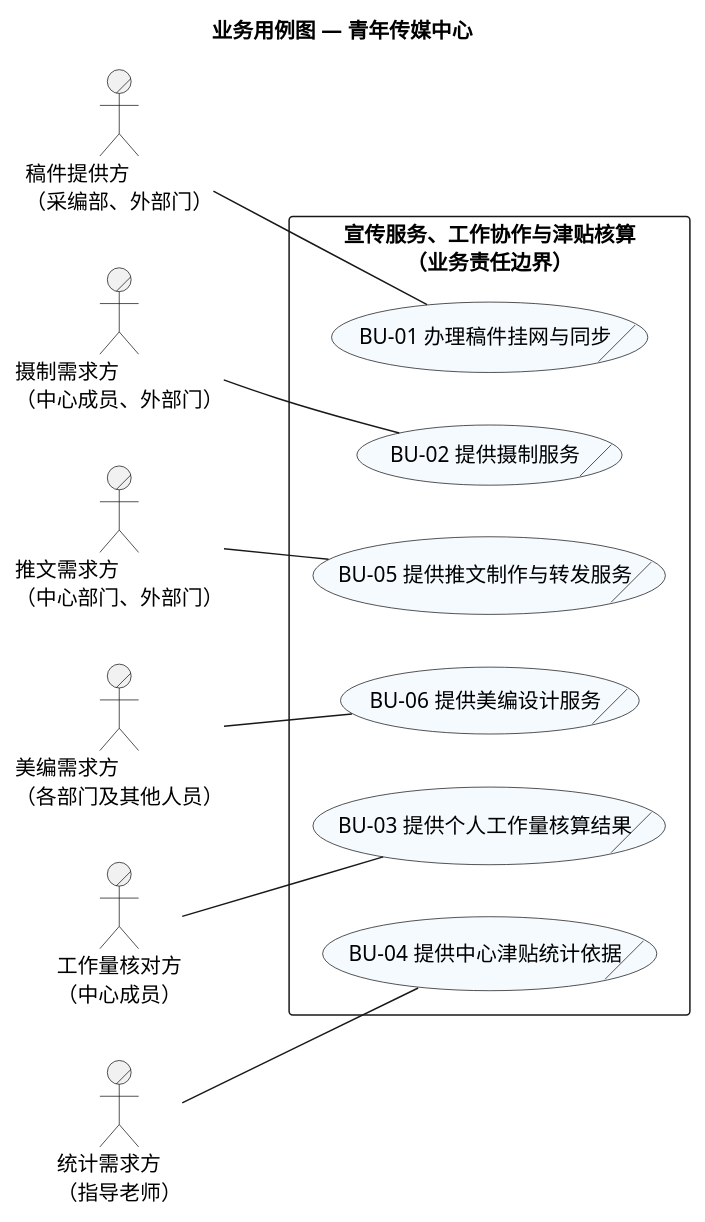
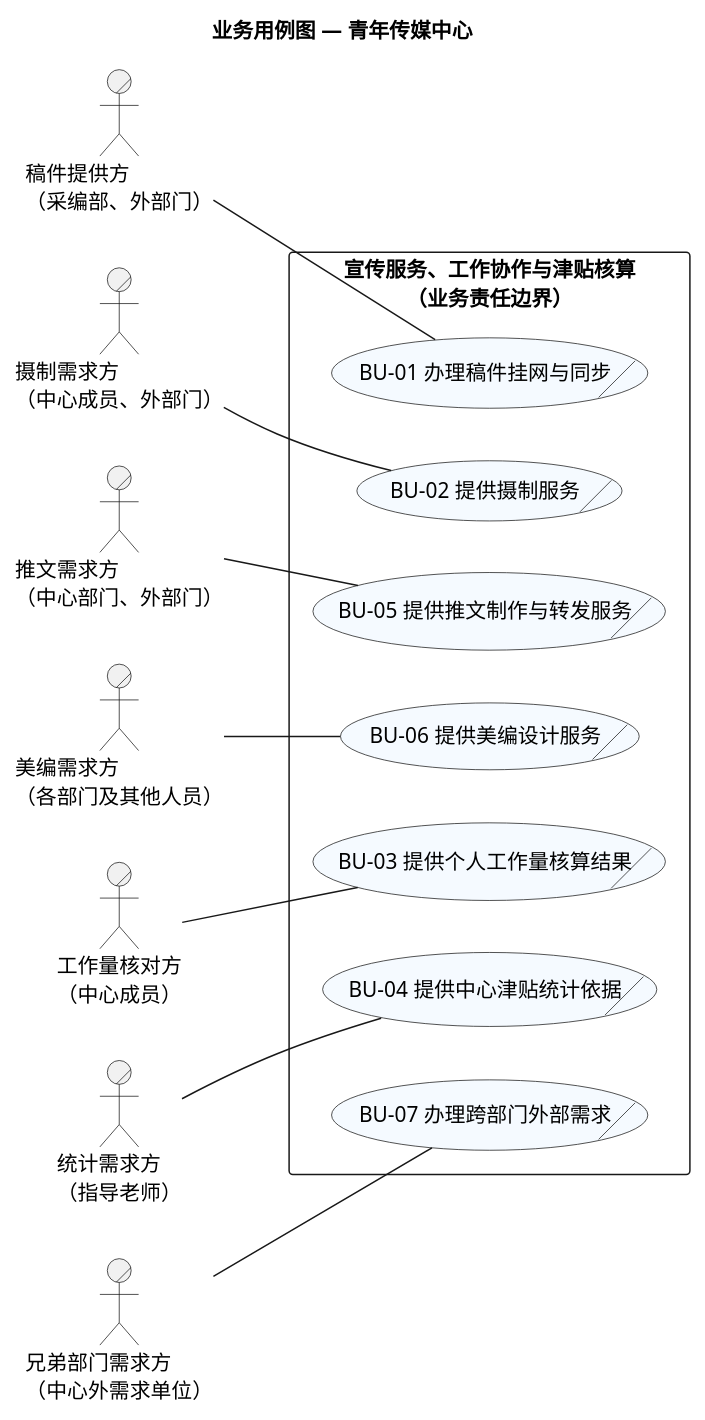
Before and after one commit to tccc1csu/miniprogram-csu: the diagram in docs/diagrams/business-use-case.puml, drawn with PlantUML. The commit also changed 133 other files, not shown here.

First line of the commit message:
docs: 重建课程分析文档与流程图，补齐外部需求/排版流程

```diff
--- a/docs/diagrams/business-use-case.puml
+++ b/docs/diagrams/business-use-case.puml
@@ -1,28 +1,31 @@
 @startuml
 title 业务用例图 — 青年传媒中心
 left to right direction
 skinparam defaultFontName Microsoft YaHei
 skinparam shadowing false
 skinparam packageStyle rectangle
 skinparam usecaseBackgroundColor #F5FAFF
 actor/ "稿件提供方\n（采编部、外部门）" as E
 actor/ "摄制需求方\n（中心成员、外部门）" as P
 actor/ "推文需求方\n（中心部门、外部门）" as W
 actor/ "美编需求方\n（各部门及其他人员）" as A
 actor/ "工作量核对方\n（中心成员）" as M
 actor/ "统计需求方\n（指导老师）" as T
+actor/ "兄弟部门需求方\n（中心外需求单位）" as X
 rectangle "宣传服务、工作协作与津贴核算\n（业务责任边界）" {
  usecase/ "BU-01 办理稿件挂网与同步" as B1
  usecase/ "BU-02 提供摄制服务" as B2
  usecase/ "BU-05 提供推文制作与转发服务" as B5
  usecase/ "BU-06 提供美编设计服务" as B6
  usecase/ "BU-03 提供个人工作量核算结果" as B3
  usecase/ "BU-04 提供中心津贴统计依据" as B4
+ usecase/ "BU-07 办理跨部门外部需求" as B7
 }
 E -- B1
 P -- B2
 W -- B5
 A -- B6
 M -- B3
 T -- B4
+X -- B7
 @enduml
```
